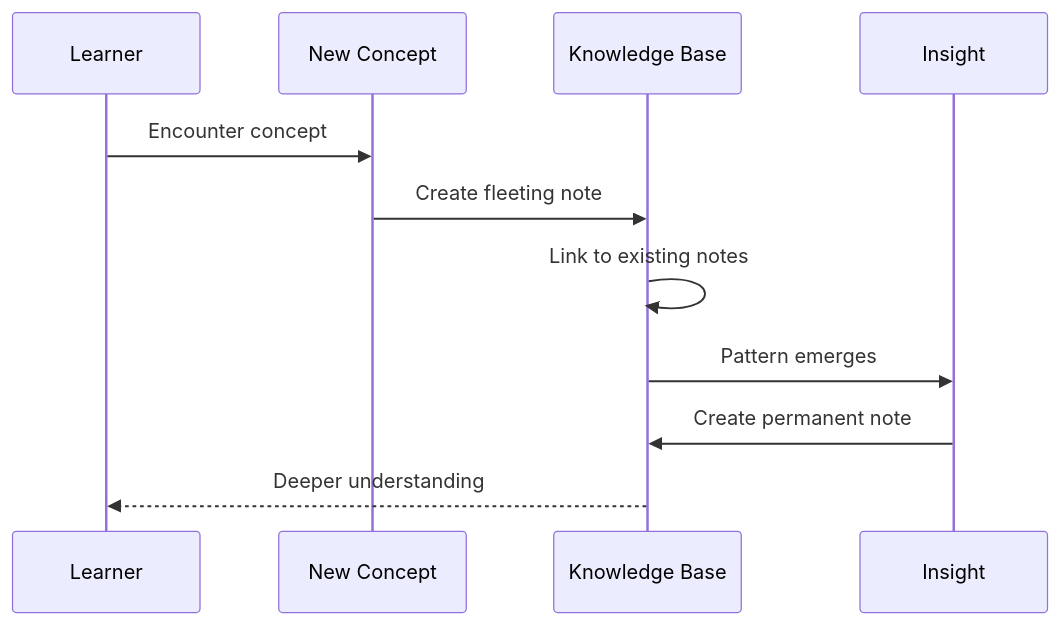
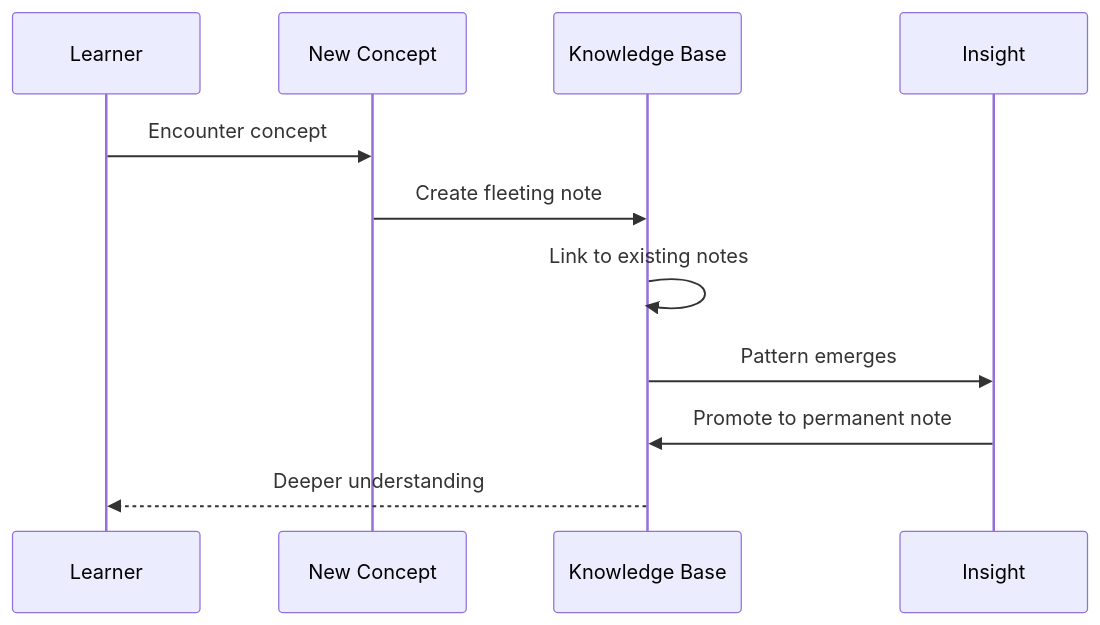
One commit to seijikohara/vizel changed the second of 3 diagrams in apps/demo/shared/content-obsidian.md. Above: the diagram before and after it, drawn with Mermaid. The commit also changed other lines of this file and 12 other files, not shown here.

````diff
--- a/apps/demo/shared/content-obsidian.md
+++ b/apps/demo/shared/content-obsidian.md
@@ -189,14 +254,14 @@
 ```mermaid
 sequenceDiagram
     participant L as Learner
     participant N as New Concept
     participant KB as Knowledge Base
     participant I as Insight
 
     L->>N: Encounter concept
     N->>KB: Create fleeting note
     KB->>KB: Link to existing notes
     KB->>I: Pattern emerges
-    I->>KB: Create permanent note
+    I->>KB: Promote to permanent note
     KB-->>L: Deeper understanding
 ```
````
